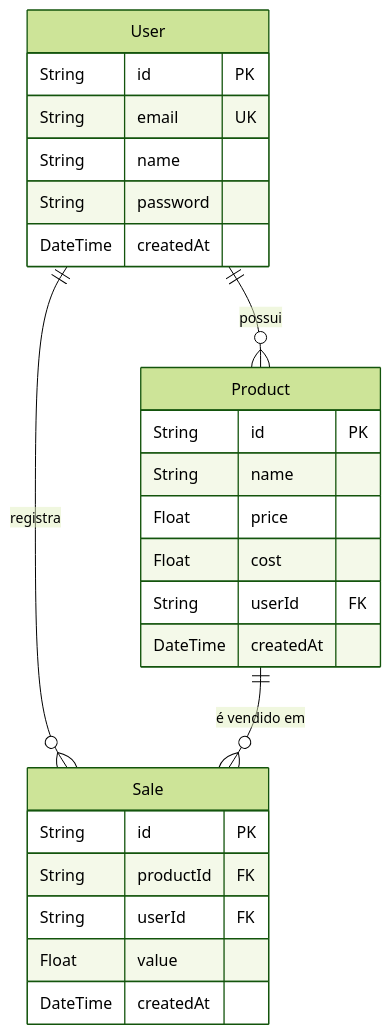
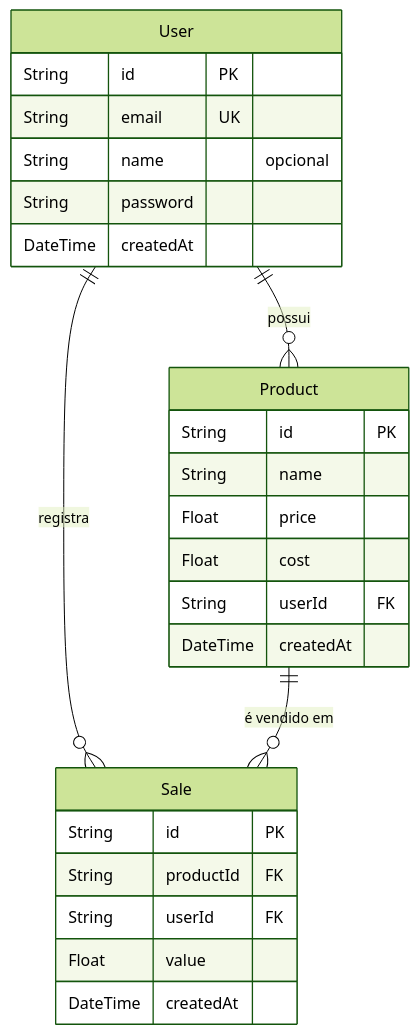
Before and after one commit to fSantosLima/tico-lanches: the second of 3 diagrams in README.md, drawn with Mermaid (forest theme). The commit also changed other lines of this file, not shown here.

Commit message:
docs: fix README — add register test row, mark User.name optional

````diff
--- a/README.md
+++ b/README.md
@@ -103,29 +103,29 @@
 ```mermaid
 erDiagram
     User {
         String id PK
         String email UK
-        String name
+        String name "opcional"
         String password
         DateTime createdAt
     }
     Product {
         String id PK
         String name
         Float price
         Float cost
         String userId FK
         DateTime createdAt
     }
     Sale {
         String id PK
         String productId FK
         String userId FK
         Float value
         DateTime createdAt
     }
 
     User ||--o{ Product : "possui"
     User ||--o{ Sale : "registra"
     Product ||--o{ Sale : "é vendido em"
 ```
````
